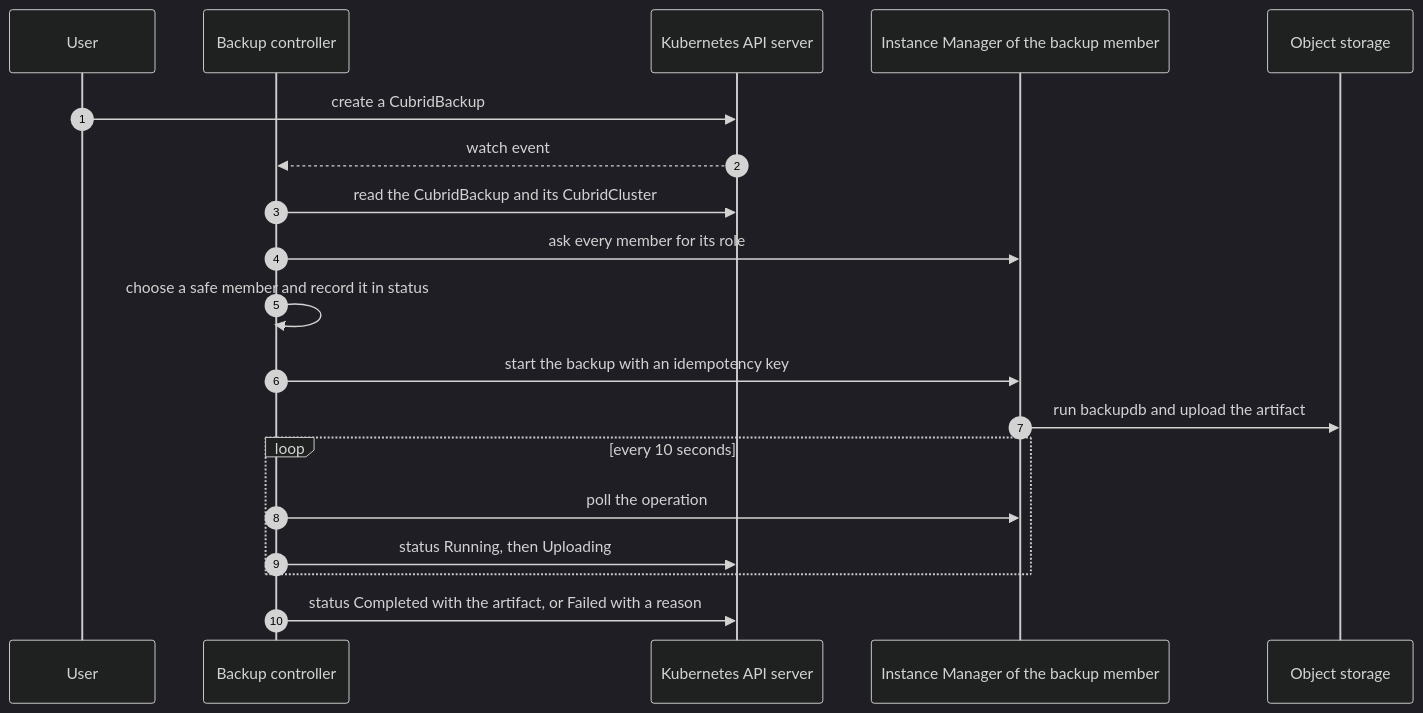
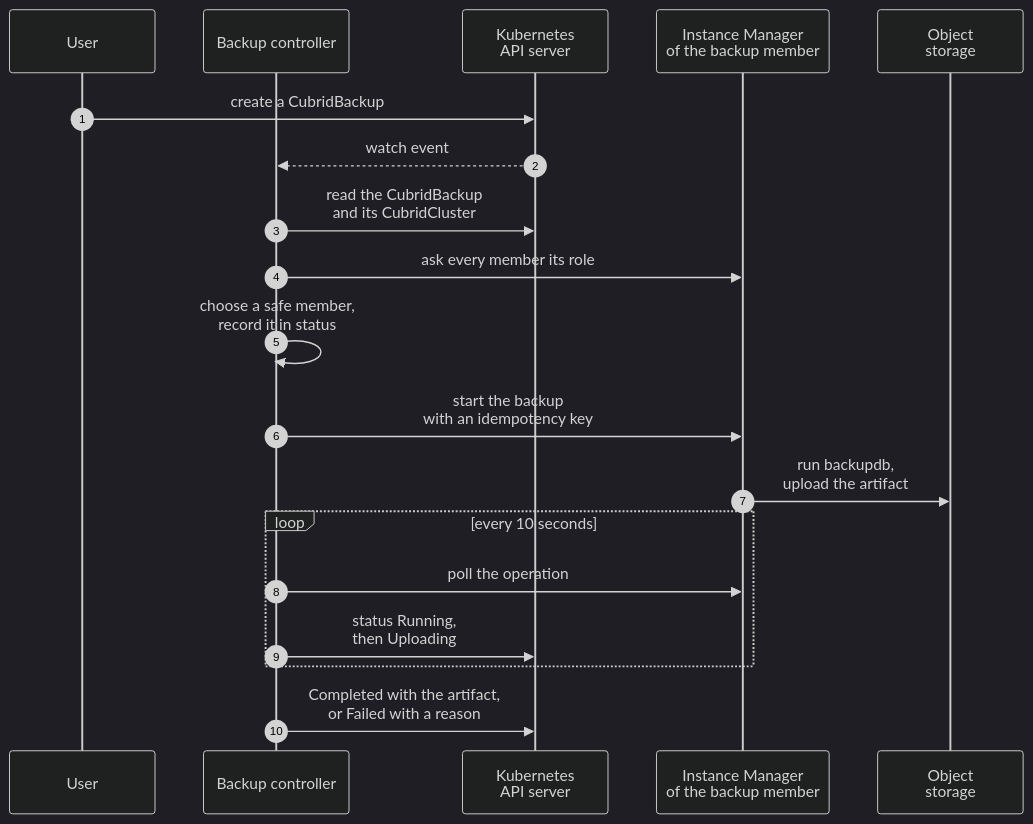
The third of 3 diagrams in docs/architecture/reconciliation.md (cubrid-lab/cubrid-kubernetes-operator), drawn with Mermaid (dark theme) before and after one commit. The commit also changed other lines of this file and 4 other files, not shown here.

First line of the commit message:
docs(architecture): make the diagrams readable on GitHub and cite code by symbol

````diff
--- a/docs/architecture/reconciliation.md
+++ b/docs/architecture/reconciliation.md
@@ -116,22 +132,22 @@
 ```mermaid
 sequenceDiagram
     autonumber
     participant U as User
     participant BC as Backup controller
-    participant API as Kubernetes API server
-    participant IM as Instance Manager of the backup member
-    participant OS as Object storage
+    participant API as Kubernetes<br/>API server
+    participant IM as Instance Manager<br/>of the backup member
+    participant OS as Object<br/>storage
 
     U->>API: create a CubridBackup
     API-->>BC: watch event
-    BC->>API: read the CubridBackup and its CubridCluster
-    BC->>IM: ask every member for its role
-    BC->>BC: choose a safe member and record it in status
-    BC->>IM: start the backup with an idempotency key
-    IM->>OS: run backupdb and upload the artifact
+    BC->>API: read the CubridBackup<br/>and its CubridCluster
+    BC->>IM: ask every member its role
+    BC->>BC: choose a safe member,<br/>record it in status
+    BC->>IM: start the backup<br/>with an idempotency key
+    IM->>OS: run backupdb,<br/>upload the artifact
     loop every 10 seconds
         BC->>IM: poll the operation
-        BC->>API: status Running, then Uploading
+        BC->>API: status Running,<br/>then Uploading
     end
-    BC->>API: status Completed with the artifact, or Failed with a reason
+    BC->>API: Completed with the artifact,<br/>or Failed with a reason
 ```
````
